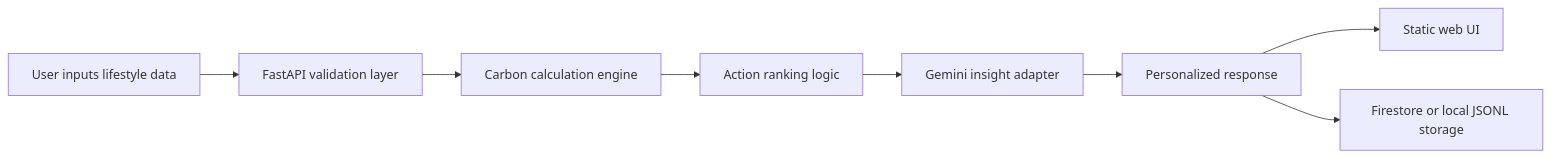
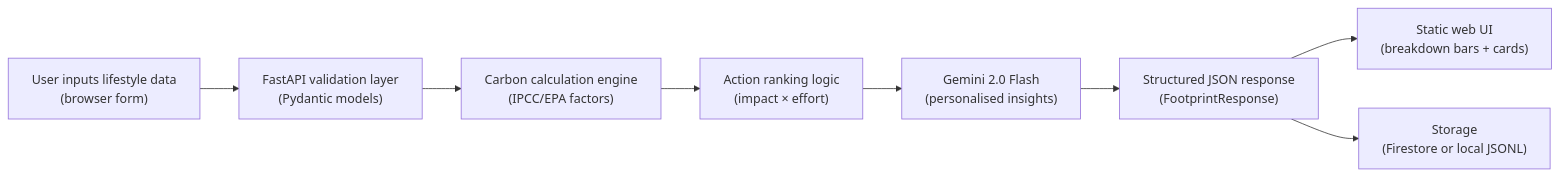
The diagram in docs/architecture.md (adarsh-gautam-sys/carbon-footprint-awareness-platform), drawn with Mermaid before and after one commit. The commit also changed other lines of this file and 15 other files, not shown here.

````diff
--- a/docs/architecture.md
+++ b/docs/architecture.md
@@ -19,10 +24,10 @@
 ```mermaid
 flowchart LR
-  A["User inputs lifestyle data"] --> B["FastAPI validation layer"]
-  B --> C["Carbon calculation engine"]
-  C --> D["Action ranking logic"]
-  D --> E["Gemini insight adapter"]
-  E --> F["Personalized response"]
-  F --> G["Static web UI"]
-  F --> H["Firestore or local JSONL storage"]
+  A["User inputs lifestyle data\n(browser form)"] --> B["FastAPI validation layer\n(Pydantic models)"]
+  B --> C["Carbon calculation engine\n(IPCC/EPA factors)"]
+  C --> D["Action ranking logic\n(impact × effort)"]
+  D --> E["Gemini 2.0 Flash\n(personalised insights)"]
+  E --> F["Structured JSON response\n(FootprintResponse)"]
+  F --> G["Static web UI\n(breakdown bars + cards)"]
+  F --> H["Storage\n(Firestore or local JSONL)"]
 ```
````
